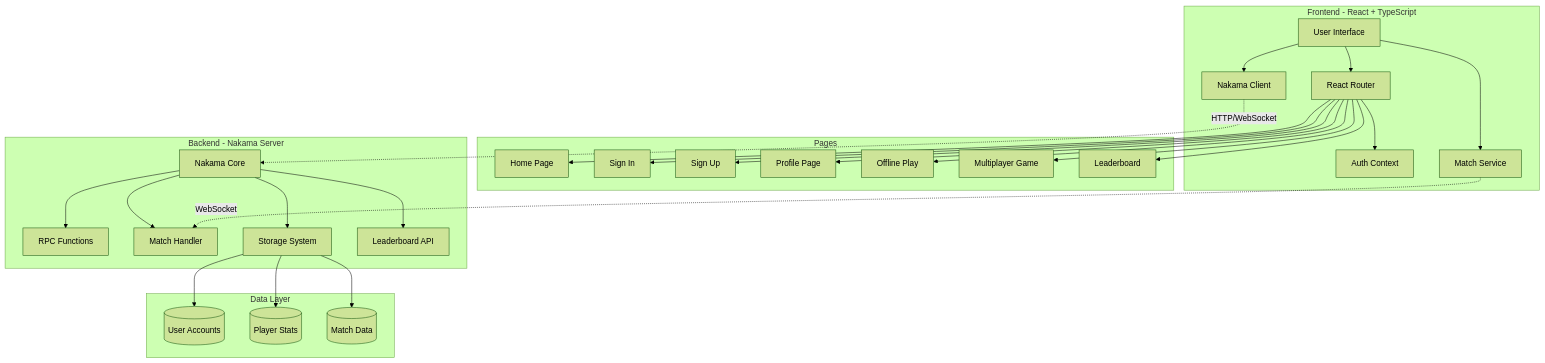
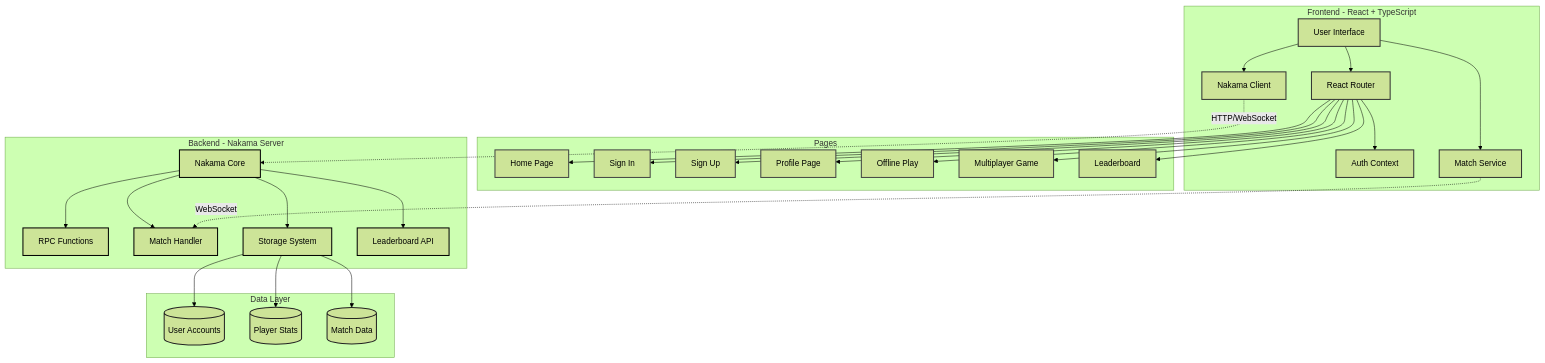
One commit to OmkarTipugade/Tic-Tac-Toe changed the first of 3 diagrams in README.md. Above: the diagram before and after it, drawn with Mermaid (forest theme). The commit also changed other lines of this file, not shown here.

Commit message:
Enhance README with UI styling and diagram updates
Added styling for various UI components and updated the data flow diagram.

````diff
--- a/README.md
+++ b/README.md
@@ -103,5 +103,29 @@
     
     NKClient -.HTTP/WebSocket.-> NakamaCore
     MatchService -.WebSocket.-> MatchHandler
-    
+
+    %% ---- Styling ----
+    style UI stroke:#333,stroke-width:2px
+    style Router stroke:#333,stroke-width:2px
+    style Auth stroke:#333,stroke-width:2px
+    style NKClient stroke:#333,stroke-width:2px
+    style MatchService stroke:#333,stroke-width:2px
+
+    style Home stroke:#444,stroke-width:2px
+    style SignIn stroke:#444,stroke-width:2px
+    style SignUp stroke:#444,stroke-width:2px
+    style Profile stroke:#444,stroke-width:2px
+    style PlayGame stroke:#444,stroke-width:2px
+    style Multiplayer stroke:#444,stroke-width:2px
+    style Leaderboard stroke:#444,stroke-width:2px
+
+    style NakamaCore stroke:#000,stroke-width:2px
+    style RPCs stroke:#000,stroke-width:2px
+    style MatchHandler stroke:#000,stroke-width:2px
+    style Storage stroke:#000,stroke-width:2px
+    style LeaderboardAPI stroke:#000,stroke-width:2px
+
+    style UserAccounts stroke:#222,stroke-width:2px
+    style PlayerStats stroke:#222,stroke-width:2px
+    style MatchData stroke:#222,stroke-width:2px
 ```
````
